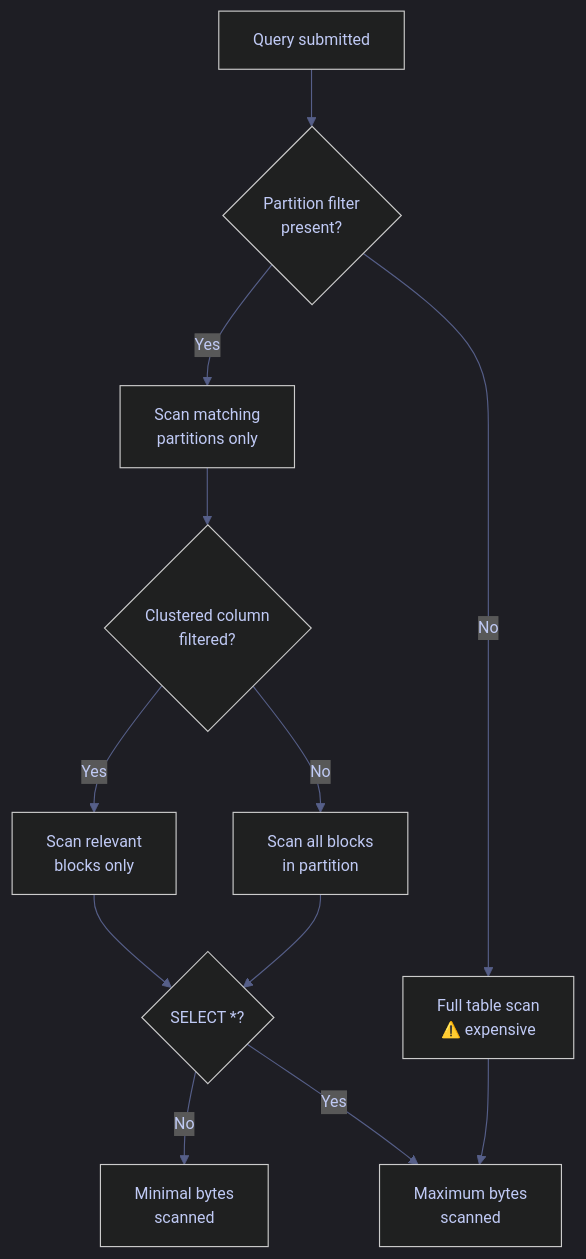
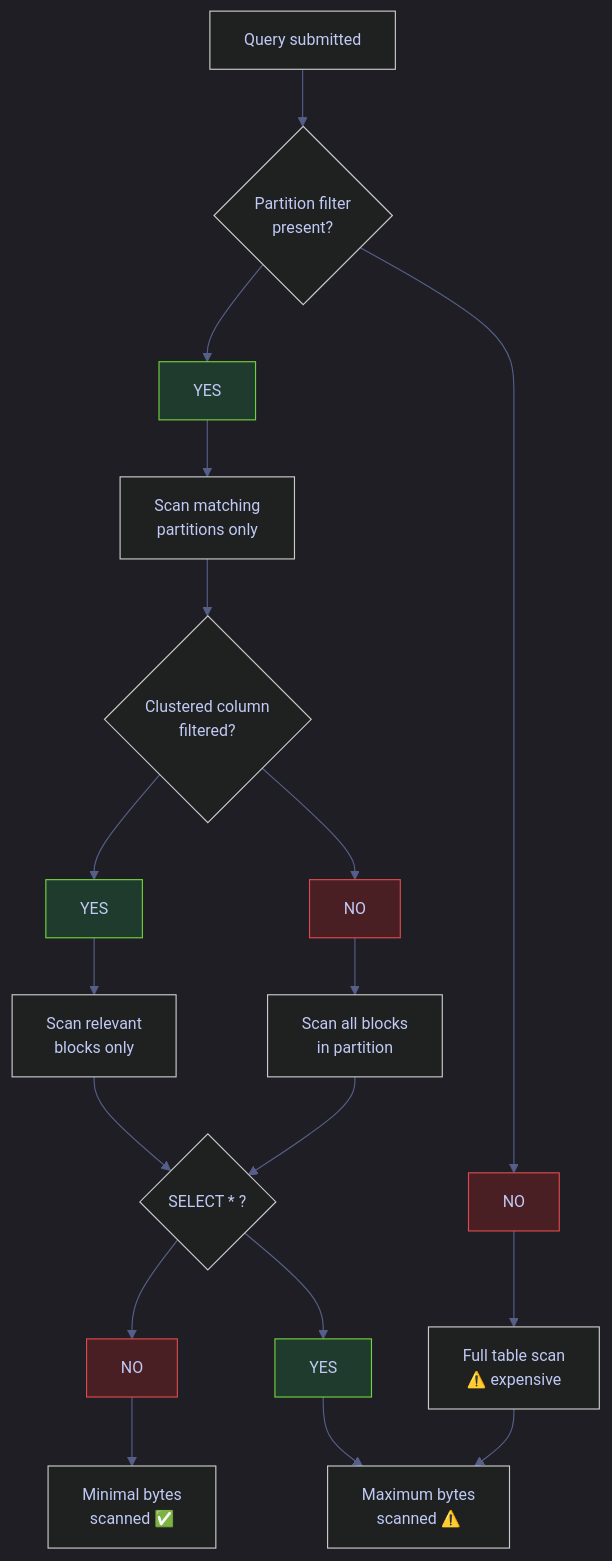
Before and after one commit to alp78/elysium: the diagram in content/06-GCP/03-BigQuery/03-querying-and-cost-optimization.md, drawn with Mermaid. The commit also changed other lines of this file and 114 other files, not shown here.

````diff
--- a/content/06-GCP/03-BigQuery/03-querying-and-cost-optimization.md
+++ b/content/06-GCP/03-BigQuery/03-querying-and-cost-optimization.md
@@ -176,26 +349,38 @@
 ```mermaid
 %%{init: {'theme': 'dark', 'themeVariables': {
   'primaryColor': '#292e42',
   'primaryTextColor': '#c0caf5',
   'primaryBorderColor': '#565f89',
   'lineColor': '#565f89',
   'secondaryColor': '#1a1b26',
   'tertiaryColor': '#24283b',
   'noteTextColor': '#c0caf5',
   'noteBkgColor': '#292e42',
   'textColor': '#c0caf5',
   'fontSize': '14px'
 }}}%%
 flowchart TD
     Q[Query submitted] --> PF{Partition filter\npresent?}
-    PF -- Yes --> PS[Scan matching\npartitions only]
-    PF -- No --> FS[Full table scan\n⚠️ expensive]
+    PF --> YES1[YES]
+    PF --> NO1[NO]
+    YES1 --> PS[Scan matching\npartitions only]
+    NO1 --> FS[Full table scan\n⚠️ expensive]
     PS --> CF{Clustered column\nfiltered?}
-    CF -- Yes --> BS[Scan relevant\nblocks only]
-    CF -- No --> AS[Scan all blocks\nin partition]
-    BS --> COL{SELECT *?}
+    CF --> YES2[YES]
+    CF --> NO2[NO]
+    YES2 --> BS[Scan relevant\nblocks only]
+    NO2 --> AS[Scan all blocks\nin partition]
+    BS --> COL{SELECT * ?}
     AS --> COL
-    COL -- No --> COST[Minimal bytes\nscanned]
-    COL -- Yes --> HIGHCOST[Maximum bytes\nscanned]
+    COL --> NO3[NO]
+    COL --> YES3[YES]
+    NO3 --> COST[Minimal bytes\nscanned ✅]
+    YES3 --> HIGHCOST[Maximum bytes\nscanned ⚠️]
     FS --> HIGHCOST
+    style YES1 fill:#1f3b2d,stroke:#73d13d,color:#c0caf5
+    style YES2 fill:#1f3b2d,stroke:#73d13d,color:#c0caf5
+    style YES3 fill:#1f3b2d,stroke:#73d13d,color:#c0caf5
+    style NO1 fill:#4a1f24,stroke:#db4b4b,color:#c0caf5
+    style NO2 fill:#4a1f24,stroke:#db4b4b,color:#c0caf5
+    style NO3 fill:#4a1f24,stroke:#db4b4b,color:#c0caf5
 ```
````
